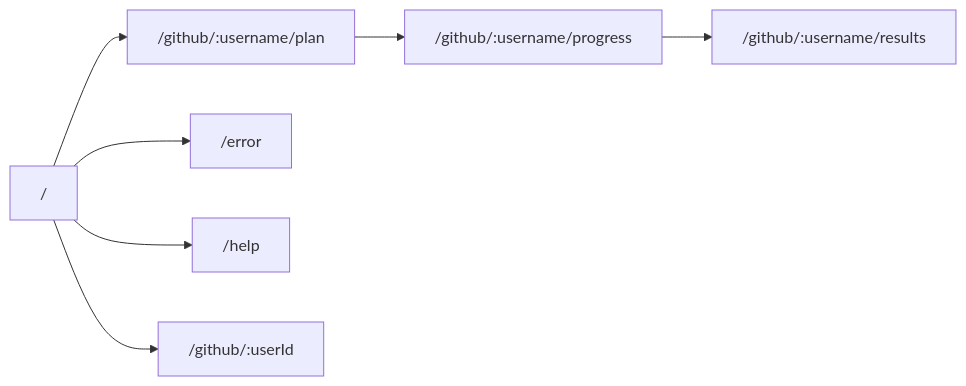
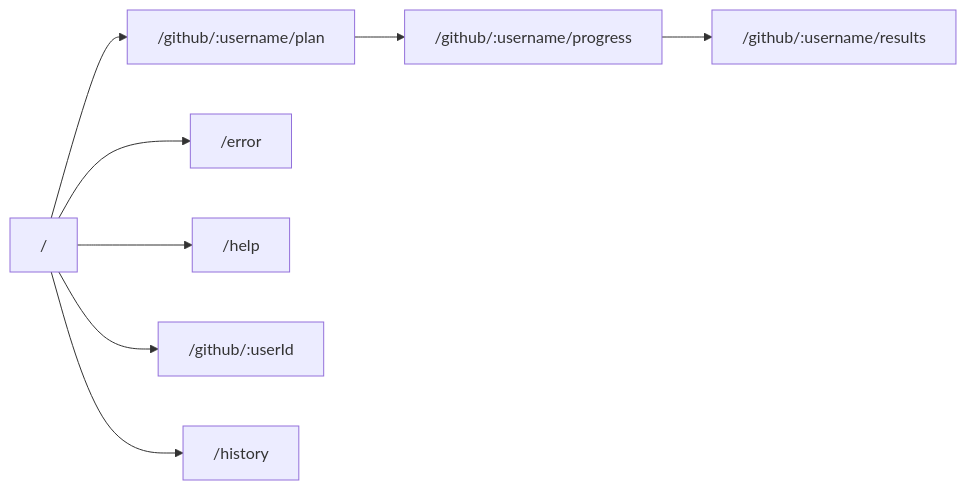
The second of 2 diagrams in docs/epic/2.ui-gap-adjust/ARCHITECTURE.md (ToyB0x/git-resume), drawn with Mermaid before and after one commit. The commit also changed other lines of this file and 3 other files, not shown here.

Commit message:
feat: add history screen and update architecture documentation

````diff
--- a/docs/epic/2.ui-gap-adjust/ARCHITECTURE.md
+++ b/docs/epic/2.ui-gap-adjust/ARCHITECTURE.md
@@ -68,9 +74,10 @@
 ```mermaid
 graph LR
     A["/"] --> B["/github/:username/plan"]
     B --> C["/github/:username/progress"]
     C --> D["/github/:username/results"]
     A --> E["/error"]
     A --> F["/help"]
     A --> G["/github/:userId"]
+    A --> H["/history"]
 ```
````
